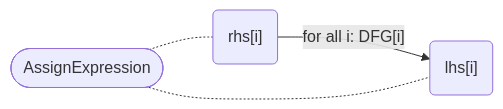
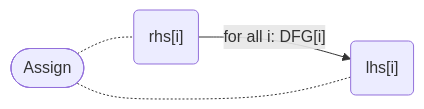
Before and after one commit to Fraunhofer-AISEC/cpg: the sixth of 40 diagrams in docs/docs/CPG/specs/dfg.md, drawn with Mermaid. The commit also changed other lines of this file and 403 other files, not shown here.

````diff
--- a/docs/docs/CPG/specs/dfg.md
+++ b/docs/docs/CPG/specs/dfg.md
@@ -107,6 +107,6 @@
   ```mermaid
   flowchart LR
-      node([AssignExpression]) -.- rhs("rhs[i]");
+      node([Assign]) -.- rhs("rhs[i]");
         rhs -- "for all i: DFG[i]" --> lhs;
-      node([AssignExpression]) -.- lhs("lhs[i]");
+      node([Assign]) -.- lhs("lhs[i]");
   ```
````
